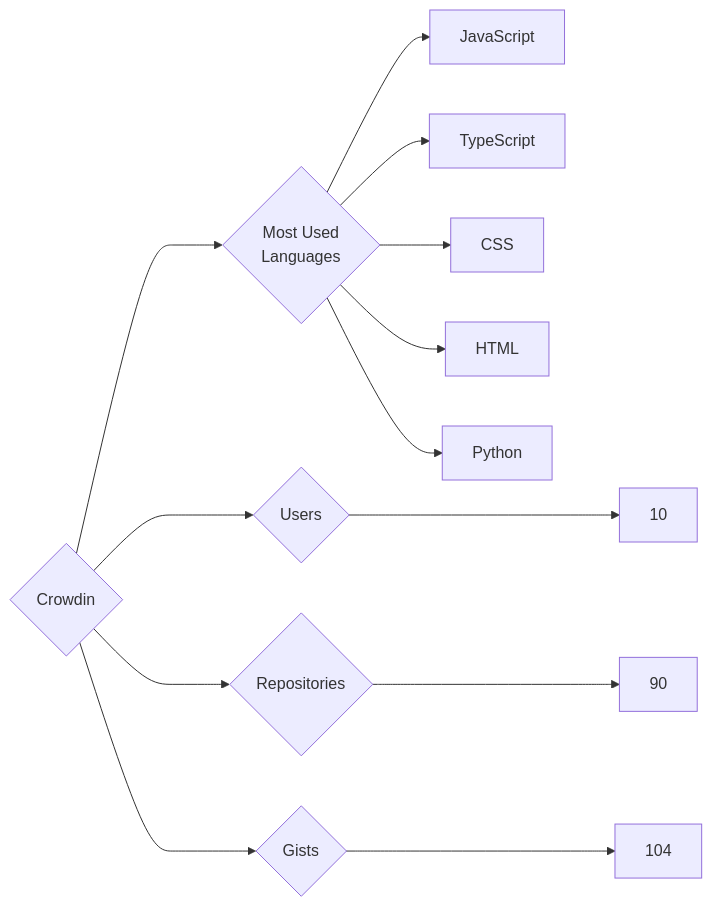
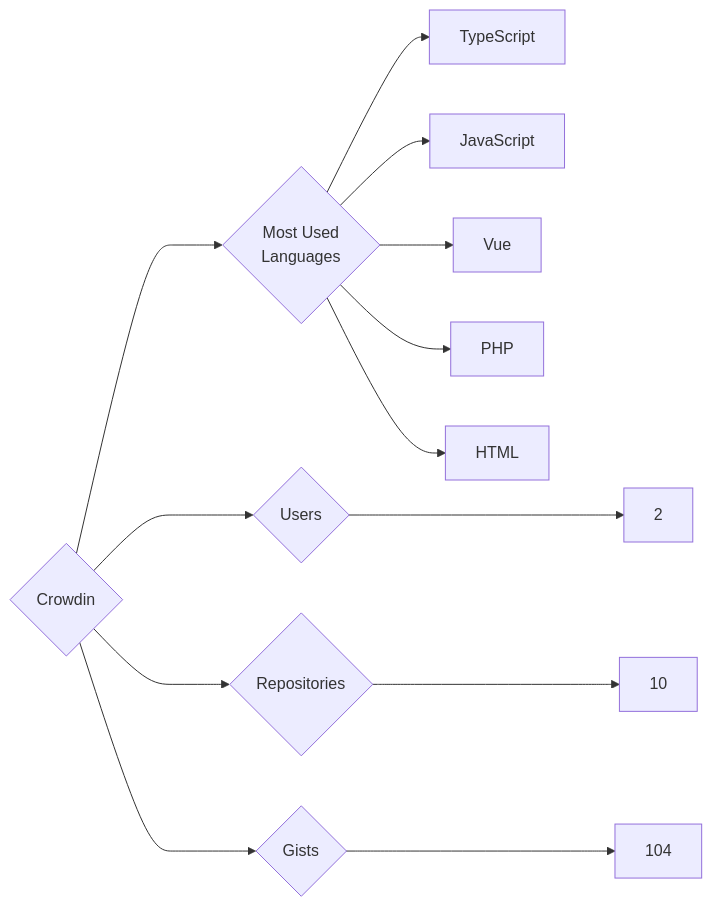
The diagram in targets/Crowdin/README.md (trickest/insiders), drawn with Mermaid before and after one commit. The commit also changed 998 other files, not shown here.

````diff
--- a/targets/Crowdin/README.md
+++ b/targets/Crowdin/README.md
@@ -3,13 +3,13 @@
 ```mermaid
 graph LR
 COMPANY_NAME{Crowdin}
-COMPANY_NAME ---> U{Users} ---> UN[10]
-COMPANY_NAME ---> R{Repositories} ---> RN[90]
+COMPANY_NAME ---> U{Users} ---> UN[2]
+COMPANY_NAME ---> R{Repositories} ---> RN[10]
 COMPANY_NAME ---> G{Gists} ---> GN[104]
 COMPANY_NAME ---> ML{Most Used<br>Languages}
+ML --> TypeScript[TypeScript]
 ML --> JavaScript[JavaScript]
-ML --> TypeScript[TypeScript]
-ML --> CSS[CSS]
+ML --> Vue[Vue]
+ML --> PHP[PHP]
 ML --> HTML[HTML]
-ML --> Python[Python]
 ```
````
